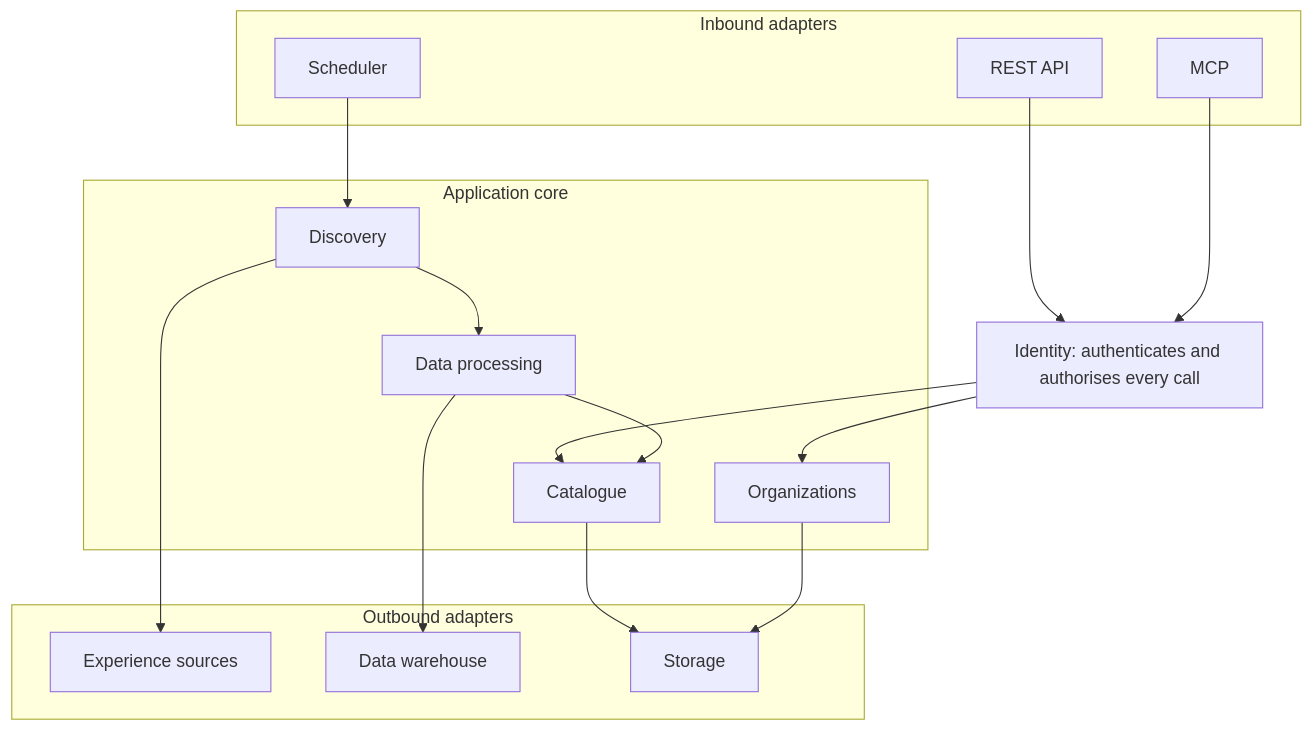
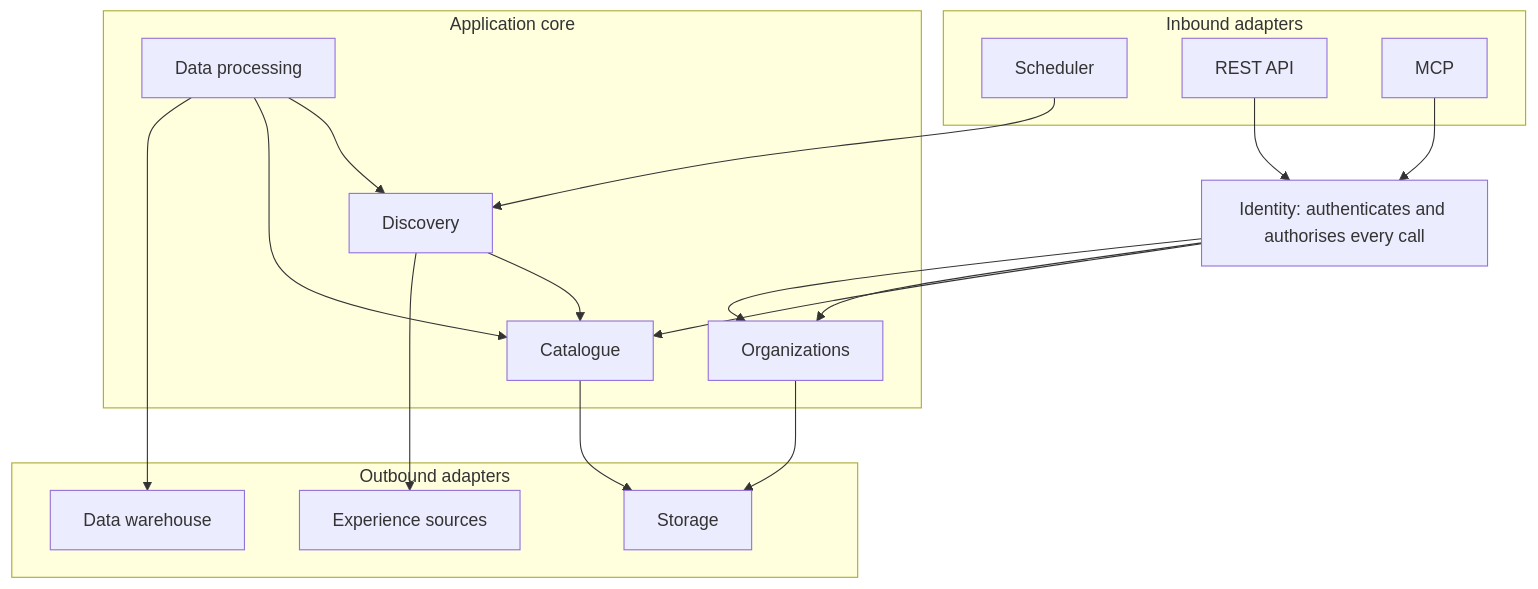
One commit to mdwt/magic-events changed the diagram in docs/spec-rev1-domains.md. Above: the diagram before and after it, drawn with Mermaid. The commit also changed other lines of this file and 3 other files, not shown here.

````diff
--- a/docs/spec-rev1-domains.md
+++ b/docs/spec-rev1-domains.md
@@ -81,31 +81,33 @@
 ```mermaid
 flowchart TB
   subgraph Inbound adapters
     SCH[Scheduler]
     REST[REST API]
     MCP[MCP]
   end
   ID[Identity: authenticates and authorises every call]
   subgraph Application core
     DIS[Discovery]
     DP[Data processing]
     CAT[Catalogue]
     ORG[Organizations]
   end
   subgraph Outbound adapters
     SRC[Experience sources]
     DW[Data warehouse]
     STO[Storage]
   end
   REST --> ID
   MCP --> ID
   ID --> CAT
   ID --> ORG
   SCH --> DIS
-  DIS --> DP
+  DIS --> CAT
+  DP --> DIS
   DP --> CAT
+  ID --> ORG
   DIS --> SRC
   DP --> DW
   CAT --> STO
   ORG --> STO
 ```
````
